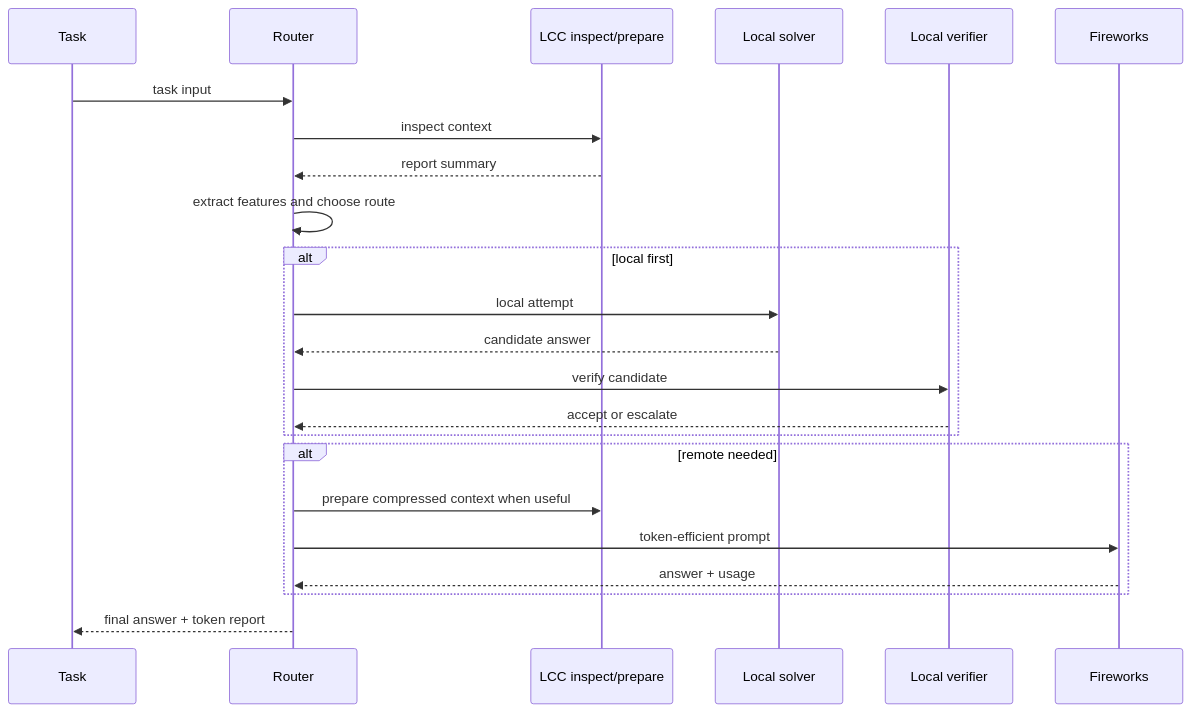
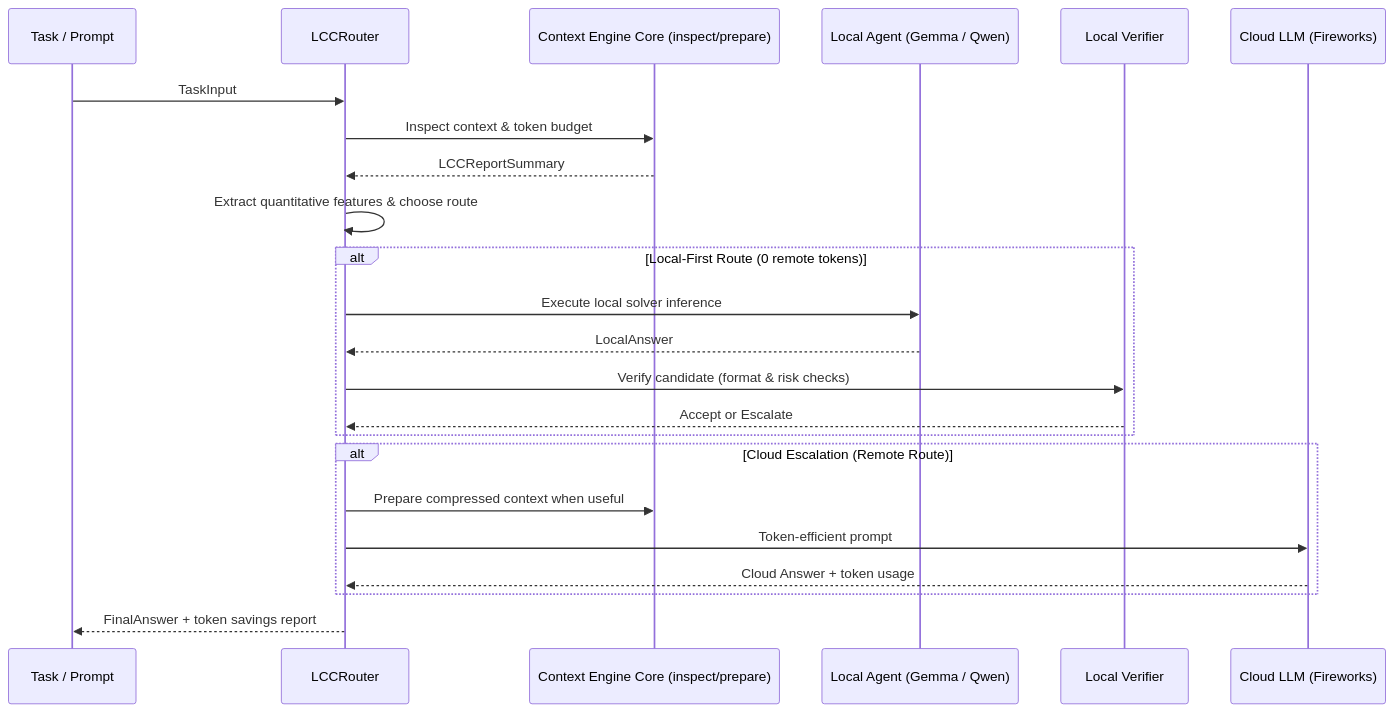
The third of 6 diagrams in docs/architecture.md (lucasmartins-ai/lcc), drawn with Mermaid before and after one commit. The commit also changed other lines of this file and 57 other files, not shown here.

Commit message:
feat: integrate Gemma 4 e4b & Qwen3.5-4B local agents, unify 3 architecture pillars, and polish repository for GitHub

````diff
--- a/docs/architecture.md
+++ b/docs/architecture.md
@@ -48,25 +63,25 @@
 ```mermaid
 sequenceDiagram
-  participant T as Task
-  participant R as Router
-  participant L as LCC inspect/prepare
-  participant S as Local solver
-  participant V as Local verifier
-  participant F as Fireworks
-  T->>R: task input
-  R->>L: inspect context
-  L-->>R: report summary
-  R->>R: extract features and choose route
-  alt local first
-    R->>S: local attempt
-    S-->>R: candidate answer
-    R->>V: verify candidate
-    V-->>R: accept or escalate
+  participant T as Task / Prompt
+  participant R as LCCRouter
+  participant C as Context Engine Core (inspect/prepare)
+  participant S as Local Agent (Gemma / Qwen)
+  participant V as Local Verifier
+  participant F as Cloud LLM (Fireworks)
+  T->>R: TaskInput
+  R->>C: Inspect context & token budget
+  C-->>R: LCCReportSummary
+  R->>R: Extract quantitative features & choose route
+  alt Local-First Route (0 remote tokens)
+    R->>S: Execute local solver inference
+    S-->>R: LocalAnswer
+    R->>V: Verify candidate (format & risk checks)
+    V-->>R: Accept or Escalate
   end
-  alt remote needed
-    R->>L: prepare compressed context when useful
-    R->>F: token-efficient prompt
-    F-->>R: answer + usage
+  alt Cloud Escalation (Remote Route)
+    R->>C: Prepare compressed context when useful
+    R->>F: Token-efficient prompt
+    F-->>R: Cloud Answer + token usage
   end
-  R-->>T: final answer + token report
+  R-->>T: FinalAnswer + token savings report
 ```
````
